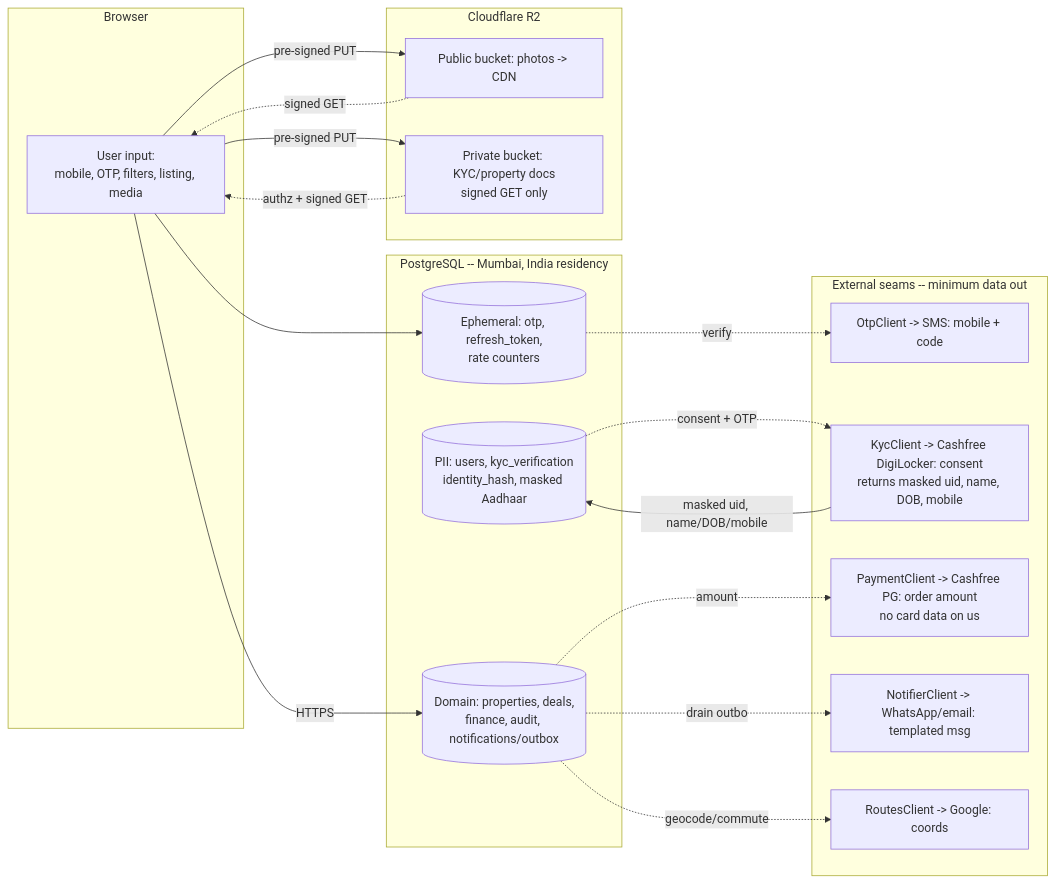
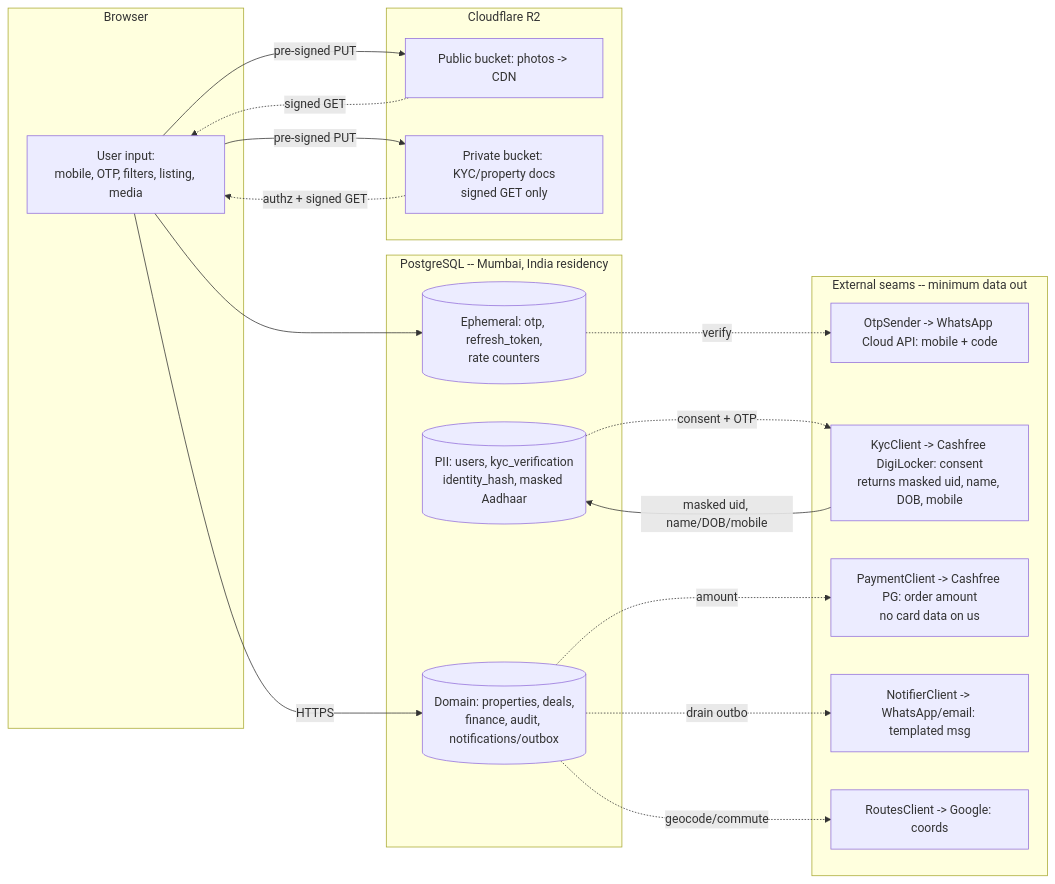
One commit to yatishpatil101/Learning changed the fifth of 11 diagrams in docs/system/platform-architecture.md. Above: the diagram before and after it, drawn with Mermaid. The commit also changed other lines of this file and 3 other files, not shown here.

````diff
--- a/docs/system/platform-architecture.md
+++ b/docs/system/platform-architecture.md
@@ -350,38 +415,38 @@
 ```mermaid
 flowchart LR
     subgraph Client[Browser]
         U[User input:<br/>mobile, OTP, filters, listing, media]
     end
 
     subgraph Store[PostgreSQL -- Mumbai, India residency]
         PII[(PII: users, kyc_verification<br/>identity_hash, masked Aadhaar)]
         DOMAIN[(Domain: properties, deals,<br/>finance, audit, notifications/outbox)]
         EPH[(Ephemeral: otp, refresh_token,<br/>rate counters)]
     end
 
     subgraph Media[Cloudflare R2]
         PUB[Public bucket: photos -> CDN]
         PRIV[Private bucket: KYC/property docs<br/>signed GET only]
     end
 
     subgraph Ext[External seams -- minimum data out]
-        SMS[OtpClient -> SMS: mobile + code]
+        SMS[OtpSender -> WhatsApp Cloud API: mobile + code]
         KYC[KycClient -> Cashfree DigiLocker: consent<br/>returns masked uid, name, DOB, mobile]
         PAY[PaymentClient -> Cashfree PG: order amount<br/>no card data on us]
         NOT[NotifierClient -> WhatsApp/email: templated msg]
         MAP[RoutesClient -> Google: coords]
     end
 
     U -->|HTTPS| DOMAIN
     U --> EPH
     U -->|pre-signed PUT| PUB
     U -->|pre-signed PUT| PRIV
     EPH -.verify.-> SMS
     PII -.consent + OTP.-> KYC
     KYC -->|masked uid, name/DOB/mobile| PII
     DOMAIN -.amount.-> PAY
     DOMAIN -.drain outbox.-> NOT
     DOMAIN -.geocode/commute.-> MAP
     PUB -.signed GET.-> U
     PRIV -.authz + signed GET.-> U
 ```
````
